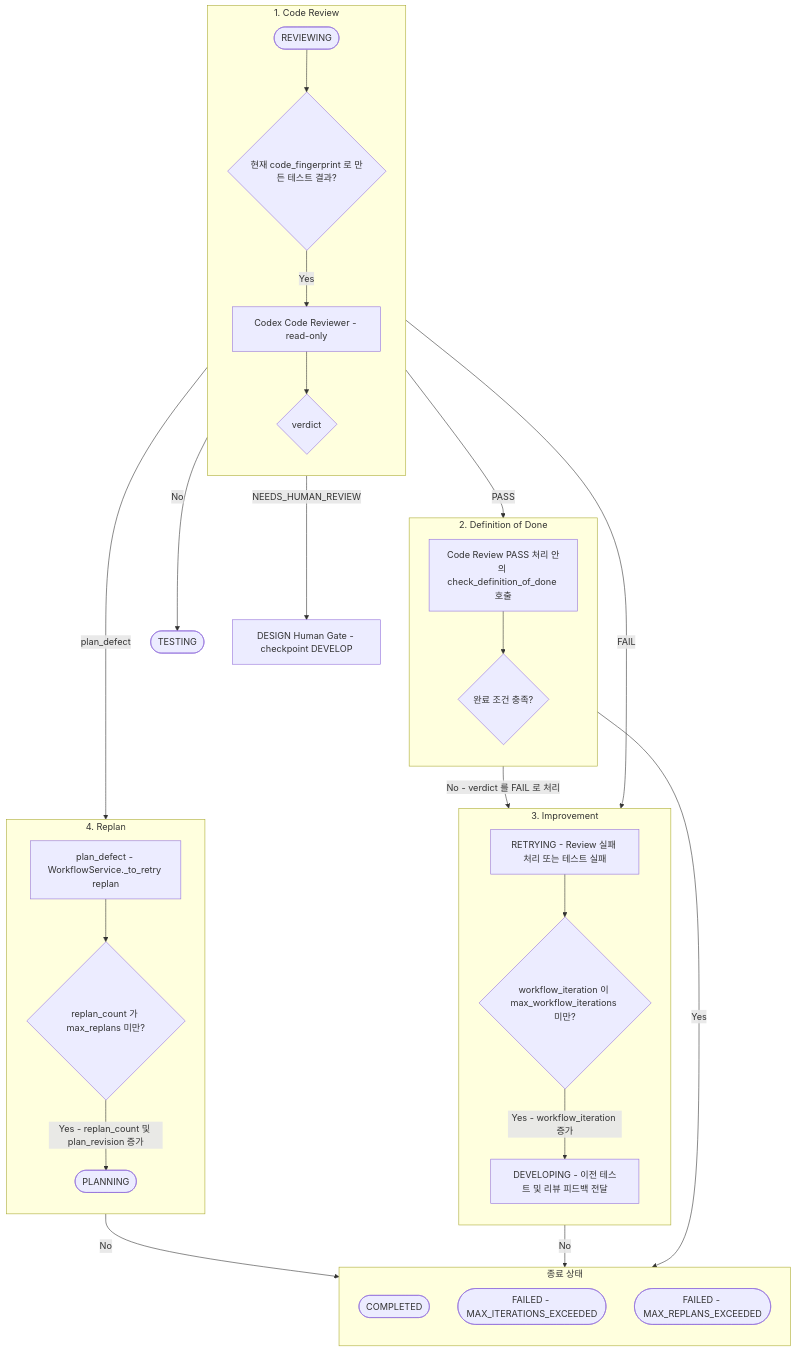
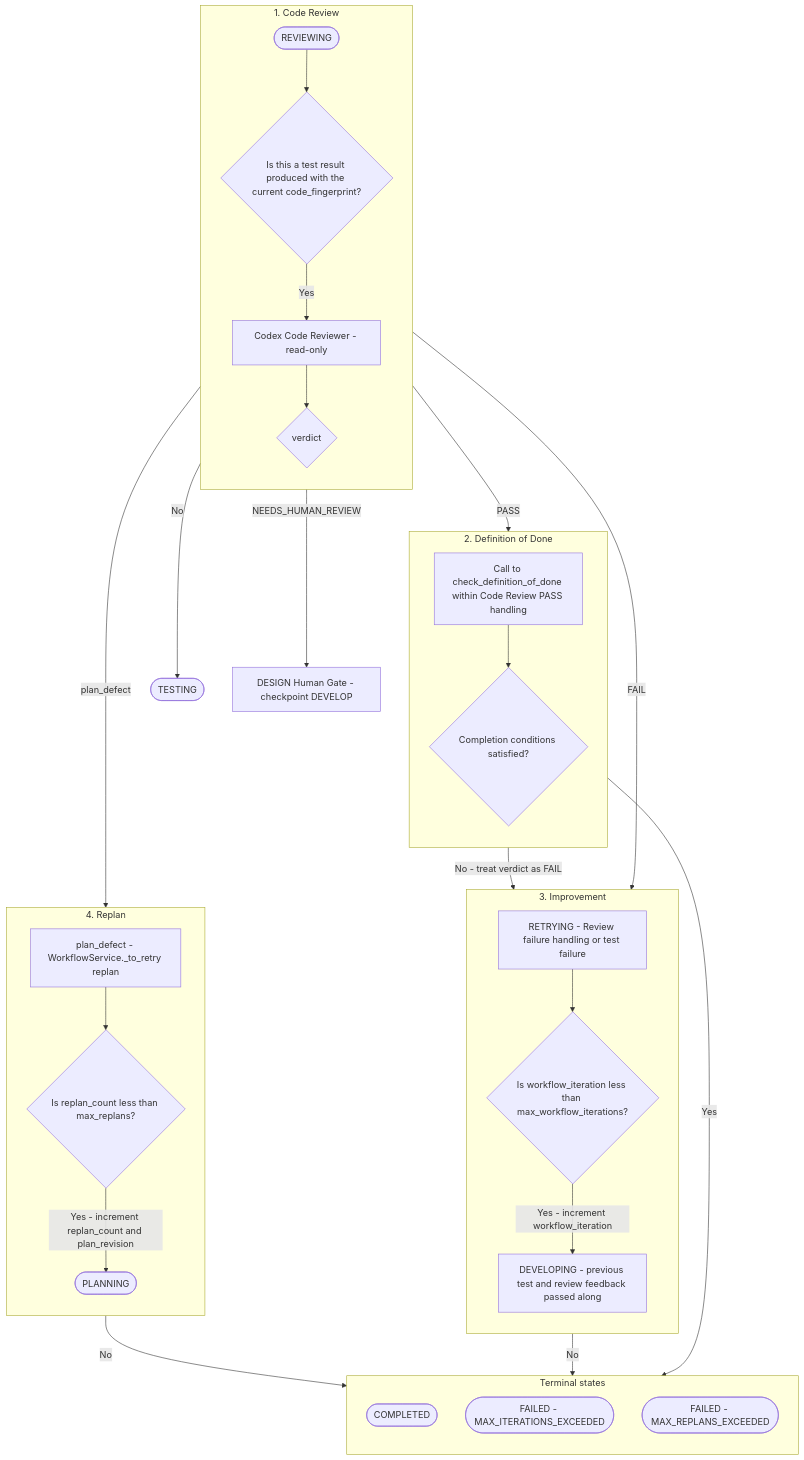
The second of 2 diagrams in docs/workflow/05-development-testing.md (mdgome/orchestra-ai), drawn with Mermaid before and after one commit. The commit also changed other lines of this file and 31 other files, not shown here.

````diff
--- a/docs/workflow/05-development-testing.md
+++ b/docs/workflow/05-development-testing.md
@@ -76,46 +78,46 @@
 ```mermaid
 flowchart TD
     subgraph CODEREVIEW["1. Code Review"]
         direction TB
-        R(["REVIEWING"]) --> S{"현재 code_fingerprint 로 만든 테스트 결과?"}
+        R(["REVIEWING"]) --> S{"Is this a test result produced with the current code_fingerprint?"}
         S -->|"Yes"| I["Codex Code Reviewer - read-only"]
         I --> J{"verdict"}
     end
 
     subgraph DOD["2. Definition of Done"]
         direction TB
-        K["Code Review PASS 처리 안의 check_definition_of_done 호출"] --> L{"완료 조건 충족?"}
+        K["Call to check_definition_of_done within Code Review PASS handling"] --> L{"Completion conditions satisfied?"}
     end
 
     subgraph IMPROVE["3. Improvement"]
         direction TB
-        RT["RETRYING - Review 실패 처리 또는 테스트 실패"] --> M{"workflow_iteration 이 max_workflow_iterations 미만?"}
-        M -->|"Yes - workflow_iteration 증가"| N["DEVELOPING - 이전 테스트 및 리뷰 피드백 전달"]
+        RT["RETRYING - Review failure handling or test failure"] --> M{"Is workflow_iteration less than max_workflow_iterations?"}
+        M -->|"Yes - increment workflow_iteration"| N["DEVELOPING - previous test and review feedback passed along"]
     end
 
     subgraph REPLAN["4. Replan"]
         direction TB
-        PL["plan_defect - WorkflowService._to_retry replan"] --> PM{"replan_count 가 max_replans 미만?"}
-        PM -->|"Yes - replan_count 및 plan_revision 증가"| PLAN(["PLANNING"])
+        PL["plan_defect - WorkflowService._to_retry replan"] --> PM{"Is replan_count less than max_replans?"}
+        PM -->|"Yes - increment replan_count and plan_revision"| PLAN(["PLANNING"])
     end
 
-    subgraph TERMINAL["종료 상태"]
+    subgraph TERMINAL["Terminal states"]
         direction TB
         DONE(["COMPLETED"])
         FAIL(["FAILED - MAX_ITERATIONS_EXCEEDED"])
         FAIL2(["FAILED - MAX_REPLANS_EXCEEDED"])
     end
 
     TST(["TESTING"])
     HG2["DESIGN Human Gate - checkpoint DEVELOP"]
 
     S -->|"No"| TST
     J -->|"NEEDS_HUMAN_REVIEW"| HG2
     J -->|"PASS"| K
     L -->|"Yes"| DONE
-    L -->|"No - verdict 를 FAIL 로 처리"| RT
+    L -->|"No - treat verdict as FAIL"| RT
     J -->|"FAIL"| RT
     J -->|"plan_defect"| PL
     M -->|"No"| FAIL
     PM -->|"No"| FAIL2
 ```
````
